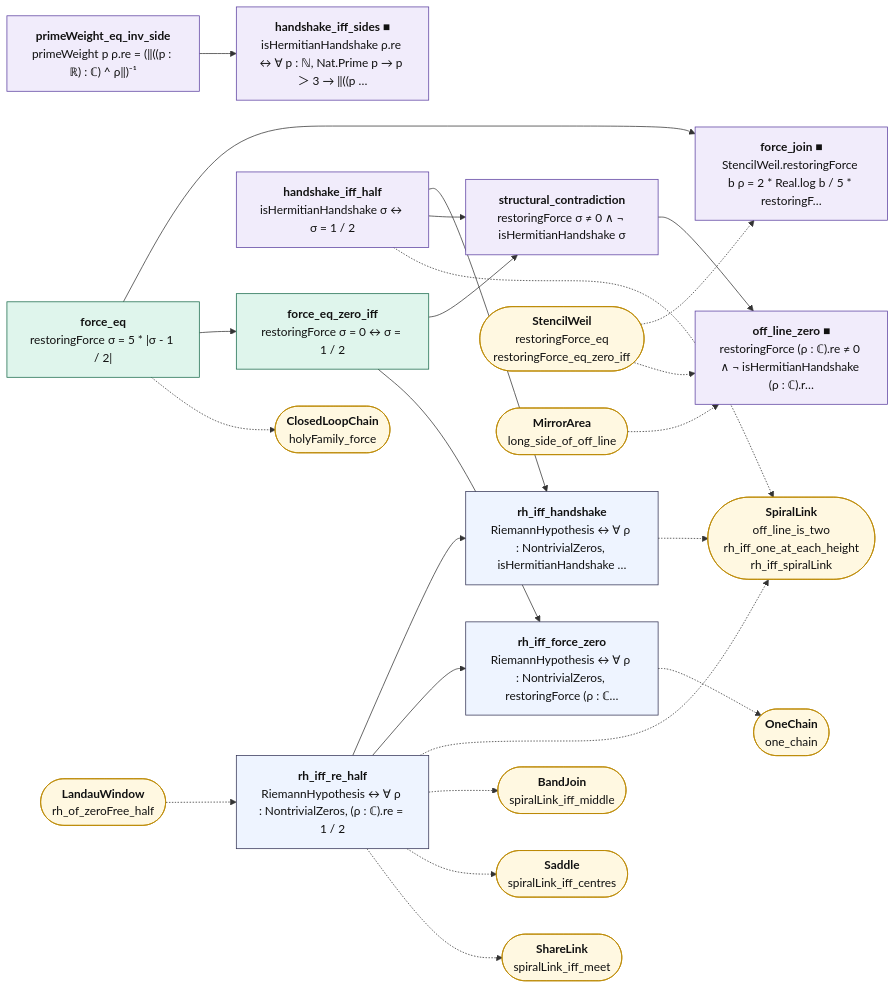
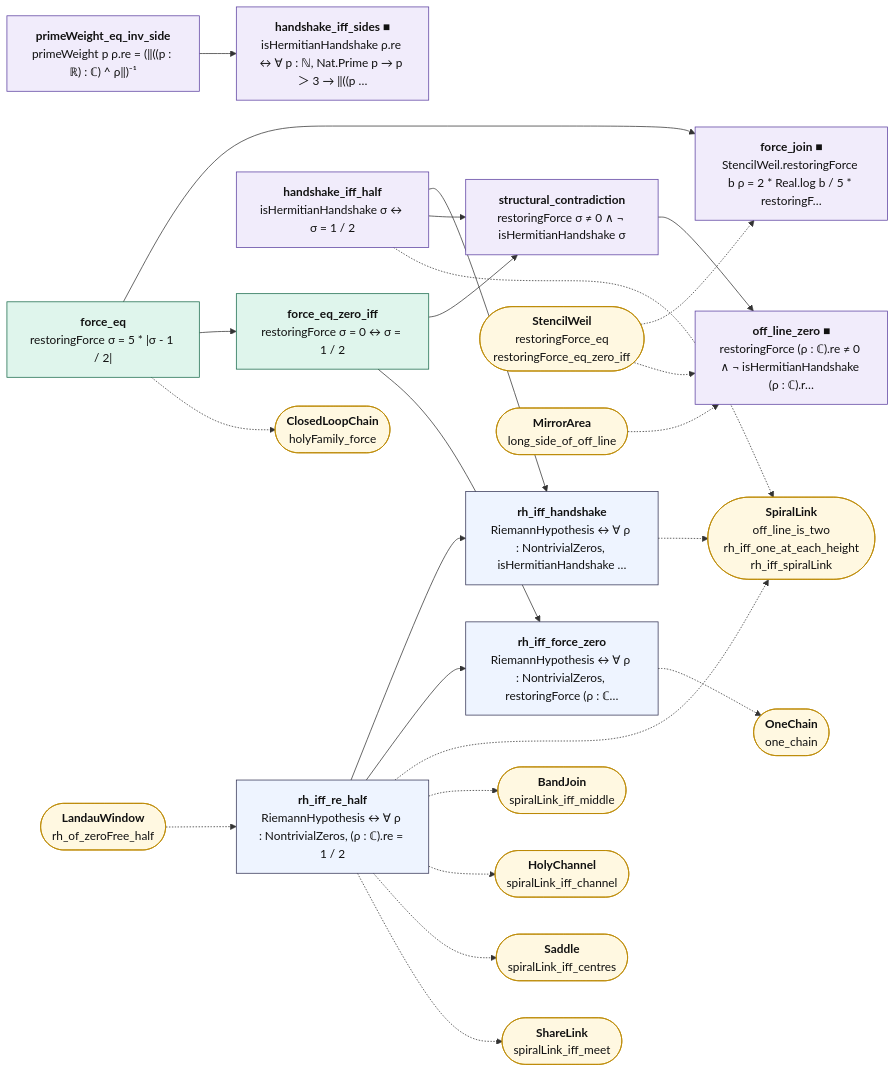
The diagram in map/lean_stage3/ClosedLoopJoin.mmd (juliansambranojr/Primebeat_081426), drawn with Mermaid before and after one commit. The commit also changed 29 other files, not shown here.

First line of the commit message:
Block J9: the Holy Family's channel (unit 0498)

```diff
--- a/map/lean_stage3/ClosedLoopJoin.mmd
+++ b/map/lean_stage3/ClosedLoopJoin.mmd
@@ -1,51 +1,53 @@
 flowchart LR
   n0["<b>force_eq</b><br/>restoringForce σ = 5 * |σ - 1 / 2|"]:::cnt
   n1["<b>force_join ■</b><br/>StencilWeil.restoringForce b ρ = 2 * Real.log b / 5 * restoringF…"]:::shp
   n2["<b>force_eq_zero_iff</b><br/>restoringForce σ = 0 ↔ σ = 1 / 2"]:::cnt
   n3["<b>primeWeight_eq_inv_side</b><br/>primeWeight p ρ.re = (‖((p : ℝ) : ℂ) ^ ρ‖)⁻¹"]:::shp
   n4["<b>handshake_iff_sides ■</b><br/>isHermitianHandshake ρ.re ↔ ∀ p : ℕ, Nat.Prime p → p ＞ 3 → ‖((p …"]:::shp
   n5["<b>handshake_iff_half</b><br/>isHermitianHandshake σ ↔ σ = 1 / 2"]:::shp
   n6["<b>structural_contradiction</b><br/>restoringForce σ ≠ 0 ∧ ¬ isHermitianHandshake σ"]:::shp
   n7["<b>off_line_zero ■</b><br/>restoringForce (ρ : ℂ).re ≠ 0 ∧ ¬ isHermitianHandshake (ρ : ℂ).r…"]:::shp
   n8["<b>rh_iff_re_half</b><br/>RiemannHypothesis ↔ ∀ ρ : NontrivialZeros, (ρ : ℂ).re = 1 / 2"]:::thm
   n9["<b>rh_iff_force_zero</b><br/>RiemannHypothesis ↔ ∀ ρ : NontrivialZeros, restoringForce (ρ : ℂ…"]:::thm
   n10["<b>rh_iff_handshake</b><br/>RiemannHypothesis ↔ ∀ ρ : NontrivialZeros, isHermitianHandshake …"]:::thm
   x0(["<b>ClosedLoopChain</b><br/>holyFamily_force"]):::ext
   x1(["<b>StencilWeil</b><br/>restoringForce_eq<br/>restoringForce_eq_zero_iff"]):::ext
   x2(["<b>SpiralLink</b><br/>off_line_is_two<br/>rh_iff_one_at_each_height<br/>rh_iff_spiralLink"]):::ext
   x3(["<b>MirrorArea</b><br/>long_side_of_off_line"]):::ext
   x4(["<b>LandauWindow</b><br/>rh_of_zeroFree_half"]):::ext
   x5(["<b>BandJoin</b><br/>spiralLink_iff_middle"]):::ext
-  x6(["<b>Saddle</b><br/>spiralLink_iff_centres"]):::ext
-  x7(["<b>ShareLink</b><br/>spiralLink_iff_meet"]):::ext
-  x8(["<b>OneChain</b><br/>one_chain"]):::ext
+  x6(["<b>HolyChannel</b><br/>spiralLink_iff_channel"]):::ext
+  x7(["<b>Saddle</b><br/>spiralLink_iff_centres"]):::ext
+  x8(["<b>ShareLink</b><br/>spiralLink_iff_meet"]):::ext
+  x9(["<b>OneChain</b><br/>one_chain"]):::ext
   n0 --> n1
   n0 --> n2
   n2 --> n6
   n2 --> n9
   n3 --> n4
   n5 --> n10
   n5 --> n6
   n6 --> n7
   n8 --> n10
   n8 --> n9
   n0 -.-> x0
   n10 -.-> x2
   n5 -.-> x2
   n8 -.-> x2
   n8 -.-> x5
   n8 -.-> x6
   n8 -.-> x7
-  n9 -.-> x8
+  n8 -.-> x8
+  n9 -.-> x9
   x1 -.-> n1
   x1 -.-> n7
   x3 -.-> n7
   x4 -.-> n8
   classDef cnt fill:#dff5ec,stroke:#17694a,color:#111
   classDef shp fill:#f1ecfb,stroke:#5b3fa0,color:#111
   classDef rh fill:#ffe5e5,stroke:#c22,color:#111,stroke-width:2px
   classDef thm fill:#eef4ff,stroke:#335,color:#111
   classDef end_ fill:#e7f7e7,stroke:#2a7,color:#111,stroke-width:2px
   classDef lone fill:#fff,stroke:#999,color:#111,stroke-dasharray:4 3
   classDef bad fill:#ffe5e5,stroke:#c22,color:#111,stroke-width:2px
   classDef ext fill:#fff8e1,stroke:#b80,color:#111
```
